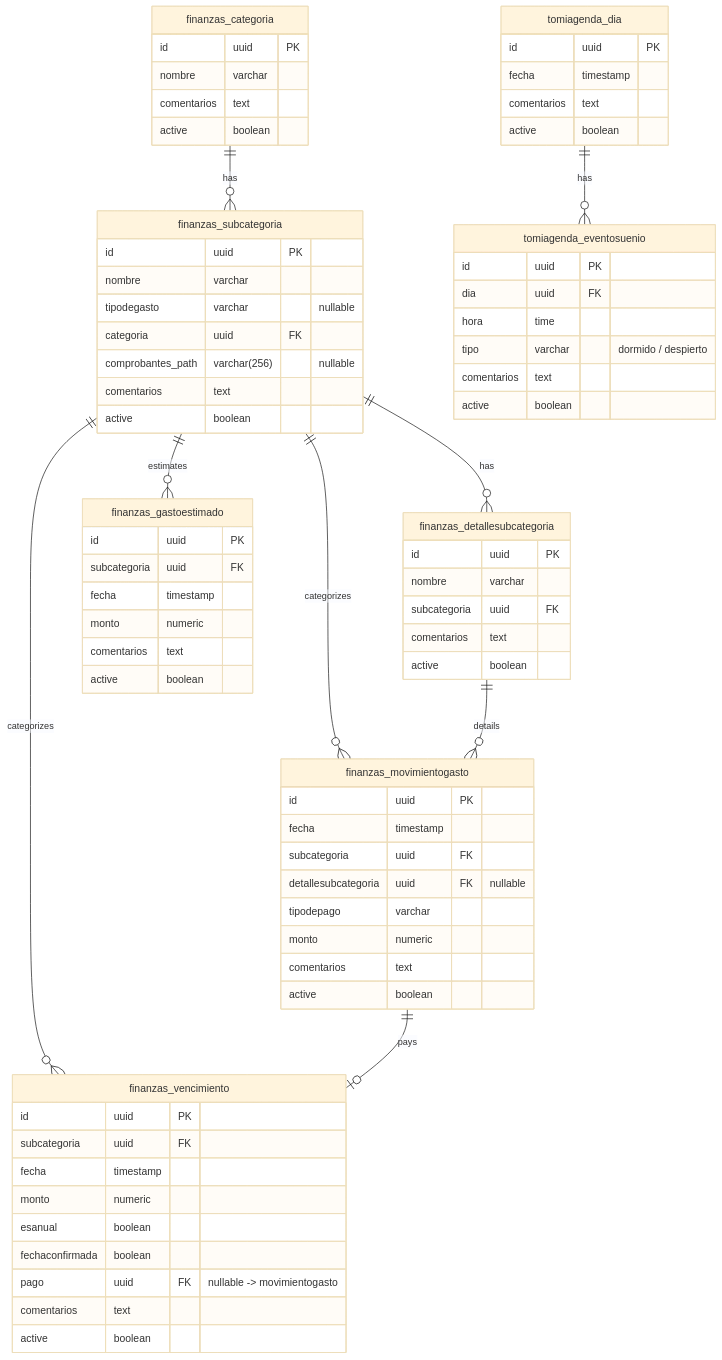
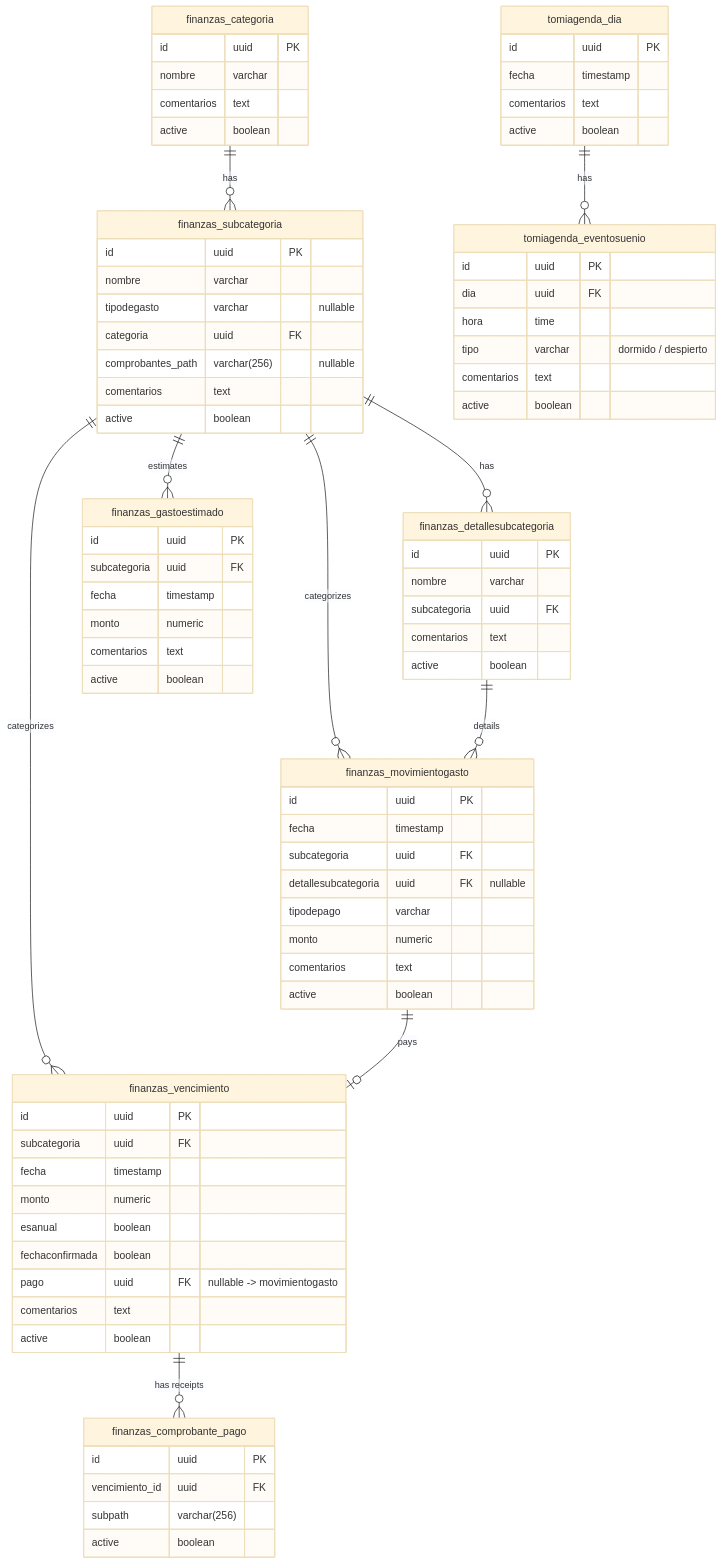
One commit to TomasNati/mis-gestiones changed the second of 3 diagrams in docs/ECOSYSTEM_OVERVIEW.md. Above: the diagram before and after it, drawn with Mermaid (base theme). The commit also changed other lines of this file and 2 other files, not shown here.

Commit message:
Agregando primeros cambios para permitir subir comprobantes de pago

```diff
--- a/docs/ECOSYSTEM_OVERVIEW.md
+++ b/docs/ECOSYSTEM_OVERVIEW.md
@@ -147,6 +184,7 @@
     finanzas_subcategoria ||--o{ finanzas_vencimiento : "categorizes"
     finanzas_subcategoria ||--o{ finanzas_gastoestimado : "estimates"
     finanzas_movimientogasto ||--o| finanzas_vencimiento : "pays"
+    finanzas_vencimiento ||--o{ finanzas_comprobante_pago : "has receipts"
     tomiagenda_dia ||--o{ tomiagenda_eventosuenio : "has"
 
     finanzas_categoria {
@@ -192,6 +230,12 @@
         comentarios text
         active boolean
     }
+    finanzas_comprobante_pago {
+        id uuid PK
+        vencimiento_id uuid FK
+        subpath varchar(256)
+        active boolean
+    }
     finanzas_gastoestimado {
         id uuid PK
         subcategoria uuid FK
```
